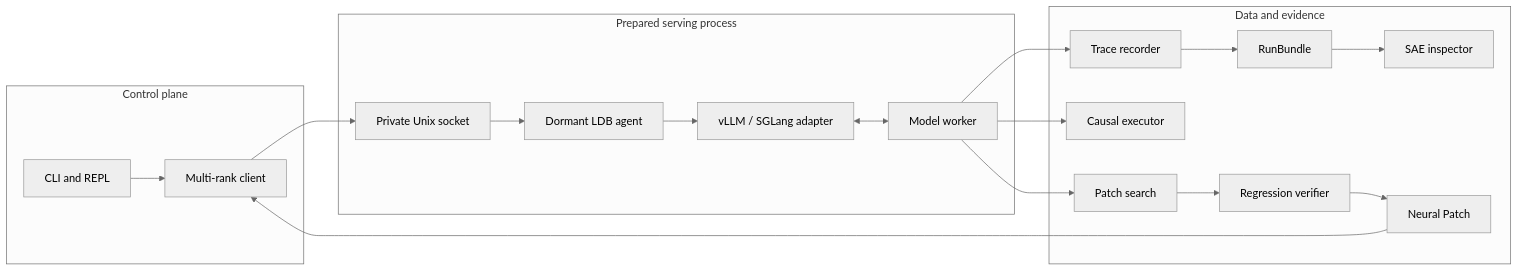
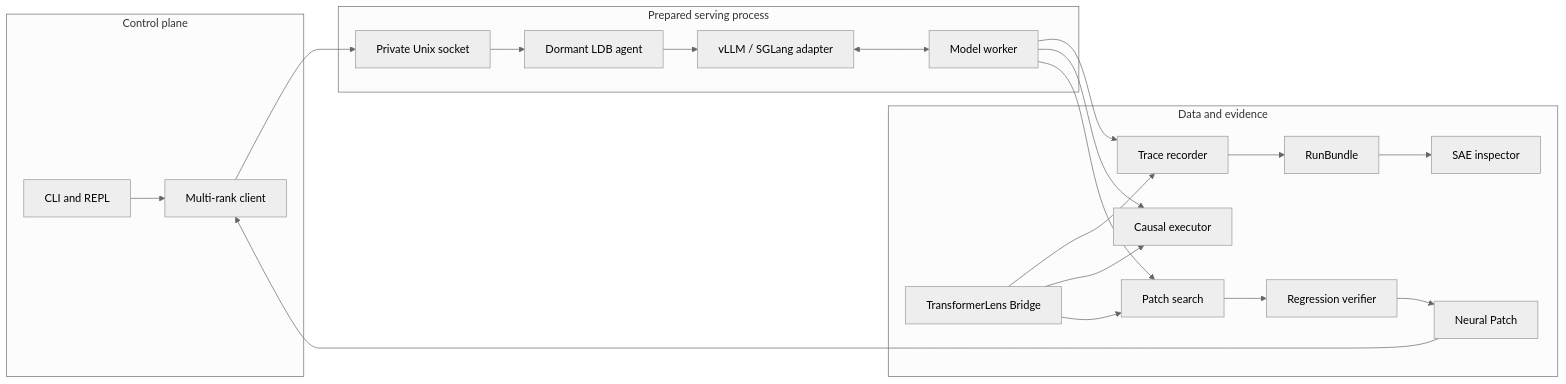
One commit to sec4si/LDB changed the diagram in docs/architecture-v0.1.md. Above: the diagram before and after it, drawn with Mermaid (neutral theme). The commit also changed other lines of this file and 11 other files, not shown here.

Commit message:
Use TransformerLens for offline analysis

````diff
--- a/docs/architecture-v0.1.md
+++ b/docs/architecture-v0.1.md
@@ -19,32 +19,36 @@
 ```mermaid
 flowchart LR
     subgraph Control[Control plane]
         CLI[CLI and REPL]
         CLIENT[Multi-rank client]
         CLI --> CLIENT
     end
 
     subgraph Serving[Prepared serving process]
         SOCKET[Private Unix socket]
         AGENT[Dormant LDB agent]
         ADAPTER[vLLM / SGLang adapter]
         MODEL[Model worker]
         CLIENT --> SOCKET --> AGENT
         AGENT --> ADAPTER <--> MODEL
     end
 
     subgraph Artifacts[Data and evidence]
         TRACE[Trace recorder]
         BUNDLE[RunBundle]
         SAE[SAE inspector]
         CAUSAL[Causal executor]
         SEARCH[Patch search]
         VERIFY[Regression verifier]
         PATCH[Neural Patch]
+        TL[TransformerLens Bridge]
         MODEL --> TRACE --> BUNDLE
+        TL --> TRACE
+        TL --> CAUSAL
+        TL --> SEARCH
         BUNDLE --> SAE
         MODEL --> CAUSAL
         MODEL --> SEARCH --> VERIFY --> PATCH
         PATCH --> CLIENT
     end
 ```
````
